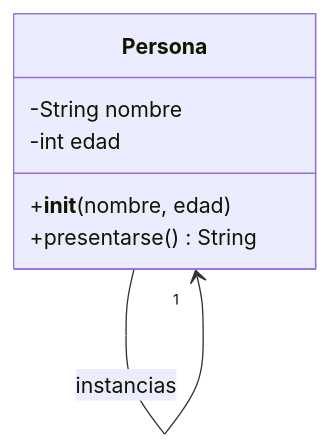
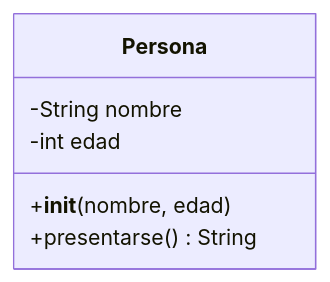
The first of 3 diagrams in public/documents/semester-3/3/3314.md (djaimej/computer-science-template), drawn with Mermaid before and after one commit. The commit also changed other lines of this file and 33 other files, not shown here.

````diff
--- a/public/documents/semester-3/3/3314.md
+++ b/public/documents/semester-3/3/3314.md
@@ -41,11 +41,9 @@
 ```mermaid
 classDiagram
     class Persona {
         -String nombre
         -int edad
         +__init__(nombre, edad)
         +presentarse() String
     }
-
-    Persona --> "1" Persona : instancias
 ```
````
